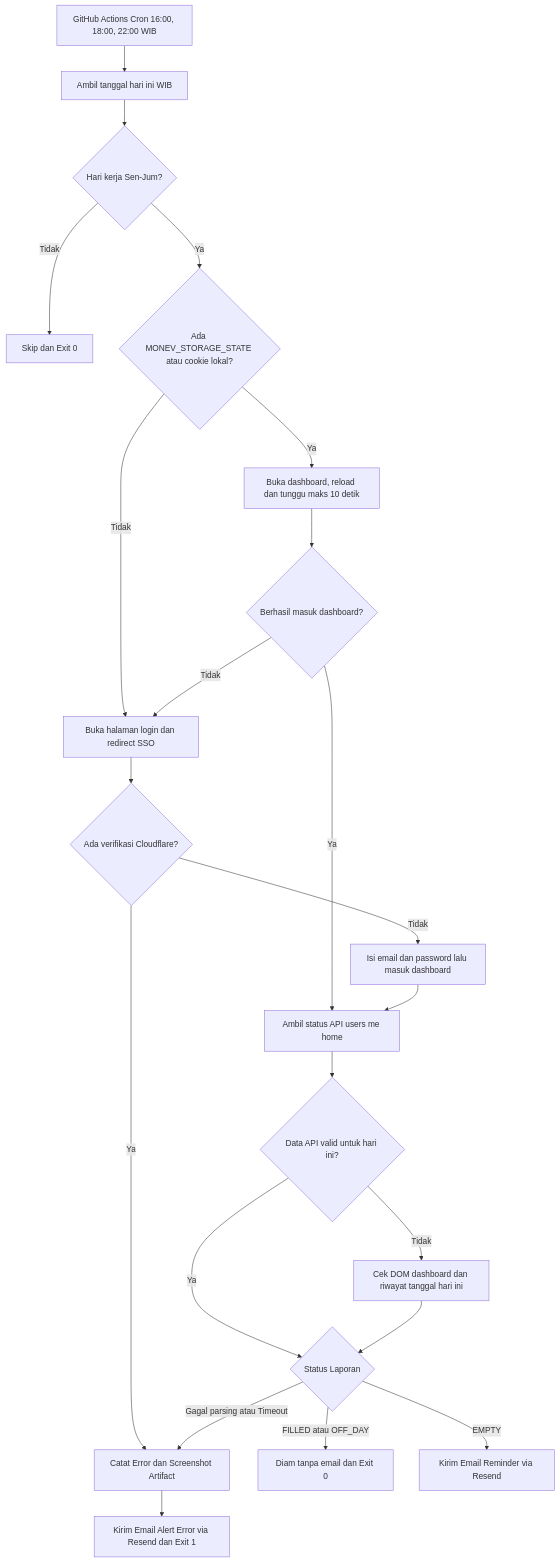
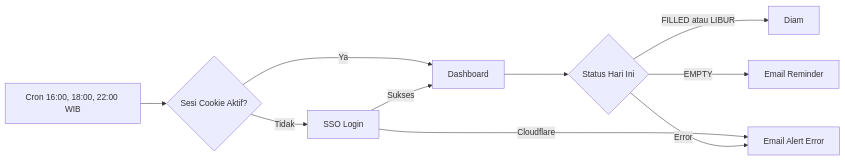
The diagram in README.md (RegiMuhammar/monev-cron-agent-template), drawn with Mermaid before and after one commit.

Commit message:
docs: make system flow diagram compact horizontal

````diff
--- a/README.md
+++ b/README.md
@@ -18,24 +18,12 @@
 ```mermaid
-flowchart TD
-    A["GitHub Actions Cron 16:00, 18:00, 22:00 WIB"] --> B["Ambil tanggal hari ini WIB"]
-    B --> C{"Hari kerja Sen-Jum?"}
-    C -->|Tidak| Z1["Skip dan Exit 0"]
-    C -->|Ya| D{"Ada MONEV_STORAGE_STATE atau cookie lokal?"}
-    D -->|Ya| E["Buka dashboard, reload dan tunggu maks 10 detik"]
-    E --> F{"Berhasil masuk dashboard?"}
-    D -->|Tidak| G["Buka halaman login dan redirect SSO"]
-    F -->|Tidak| G
-    F -->|Ya| H["Ambil status API users me home"]
-    G --> G1{"Ada verifikasi Cloudflare?"}
-    G1 -->|Ya| ERR["Catat Error dan Screenshot Artifact"]
-    G1 -->|Tidak| G2["Isi email dan password lalu masuk dashboard"]
-    G2 --> H
-    H --> I{"Data API valid untuk hari ini?"}
-    I -->|Tidak| J["Cek DOM dashboard dan riwayat tanggal hari ini"]
-    I -->|Ya| K{"Status Laporan"}
-    J --> K
-    K -->|FILLED atau OFF_DAY| Z2["Diam tanpa email dan Exit 0"]
-    K -->|EMPTY| L["Kirim Email Reminder via Resend"]
-    K -->|Gagal parsing atau Timeout| ERR
-    ERR --> M["Kirim Email Alert Error via Resend dan Exit 1"]
+flowchart LR
+    A["Cron 16:00, 18:00, 22:00 WIB"] --> B{"Sesi Cookie Aktif?"}
+    B -->|Ya| C["Dashboard"]
+    B -->|Tidak| D["SSO Login"]
+    D -->|Cloudflare| E["Email Alert Error"]
+    D -->|Sukses| C
+    C --> F{"Status Hari Ini"}
+    F -->|FILLED atau LIBUR| G["Diam"]
+    F -->|EMPTY| H["Email Reminder"]
+    F -->|Error| E
 ```
````
